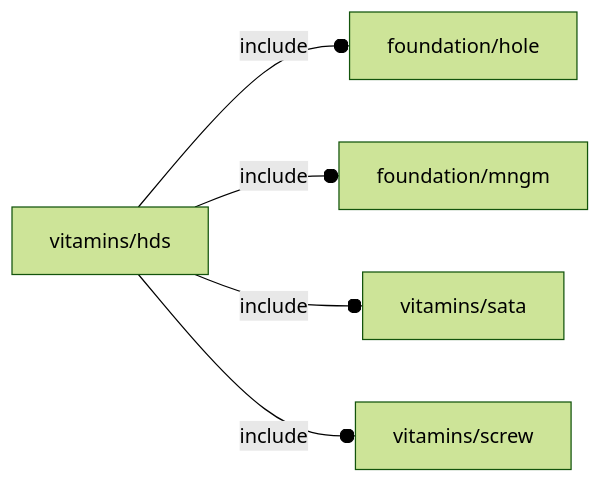
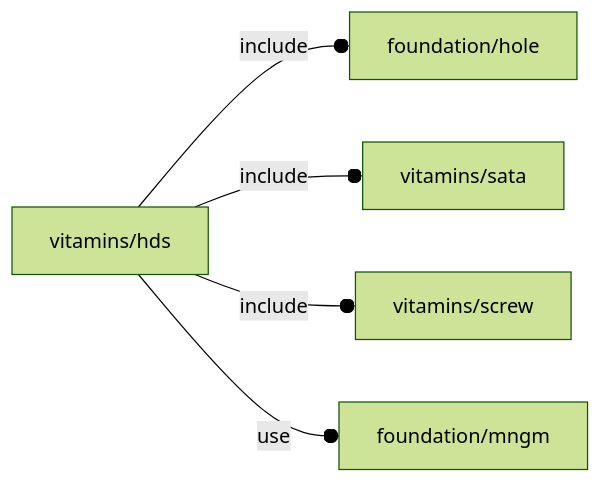
Before and after one commit to ggabbiani/OFL: the diagram in orthodocs/vitamins/hds.md, drawn with Mermaid (forest theme). The commit also changed other lines of this file and 74 other files, not shown here.

````diff
--- a/orthodocs/vitamins/hds.md
+++ b/orthodocs/vitamins/hds.md
@@ -5,7 +5,7 @@
 ```mermaid
 graph LR
     A1[vitamins/hds] --o|include| A2[foundation/hole]
-    A1 --o|include| A3[foundation/mngm]
-    A1 --o|include| A4[vitamins/sata]
-    A1 --o|include| A5[vitamins/screw]
+    A1 --o|include| A3[vitamins/sata]
+    A1 --o|include| A4[vitamins/screw]
+    A1 --o|use| A5[foundation/mngm]
 ```
````
